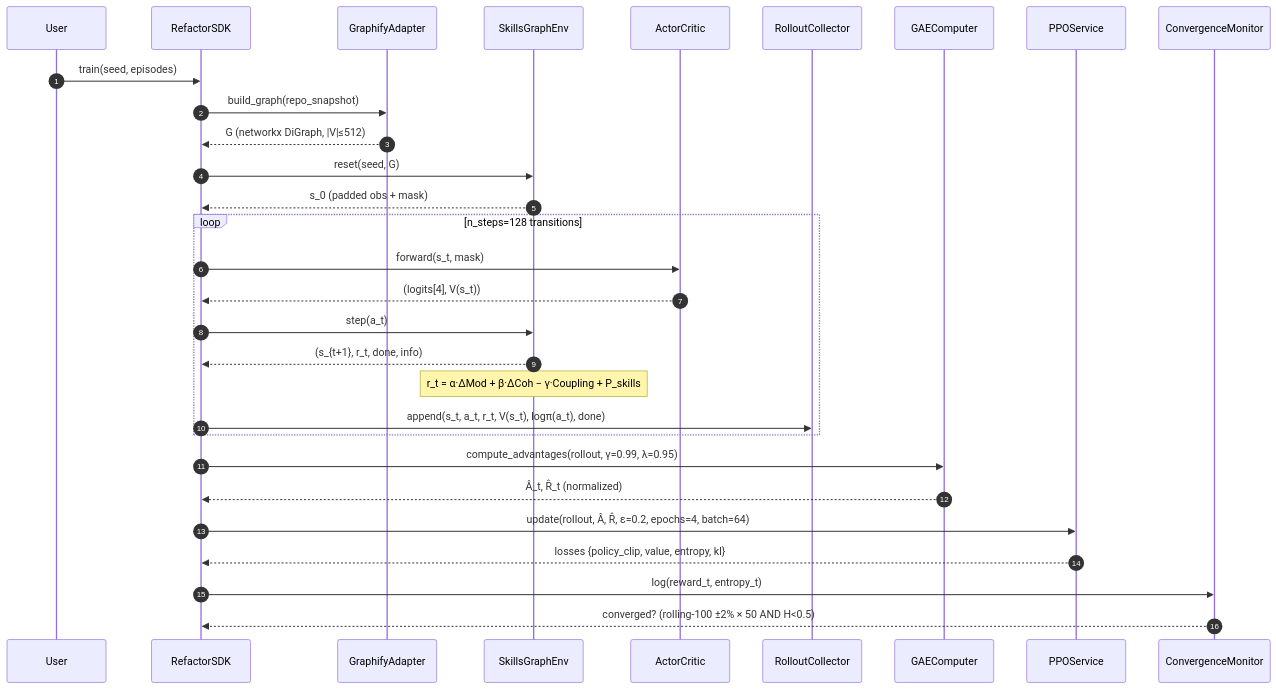
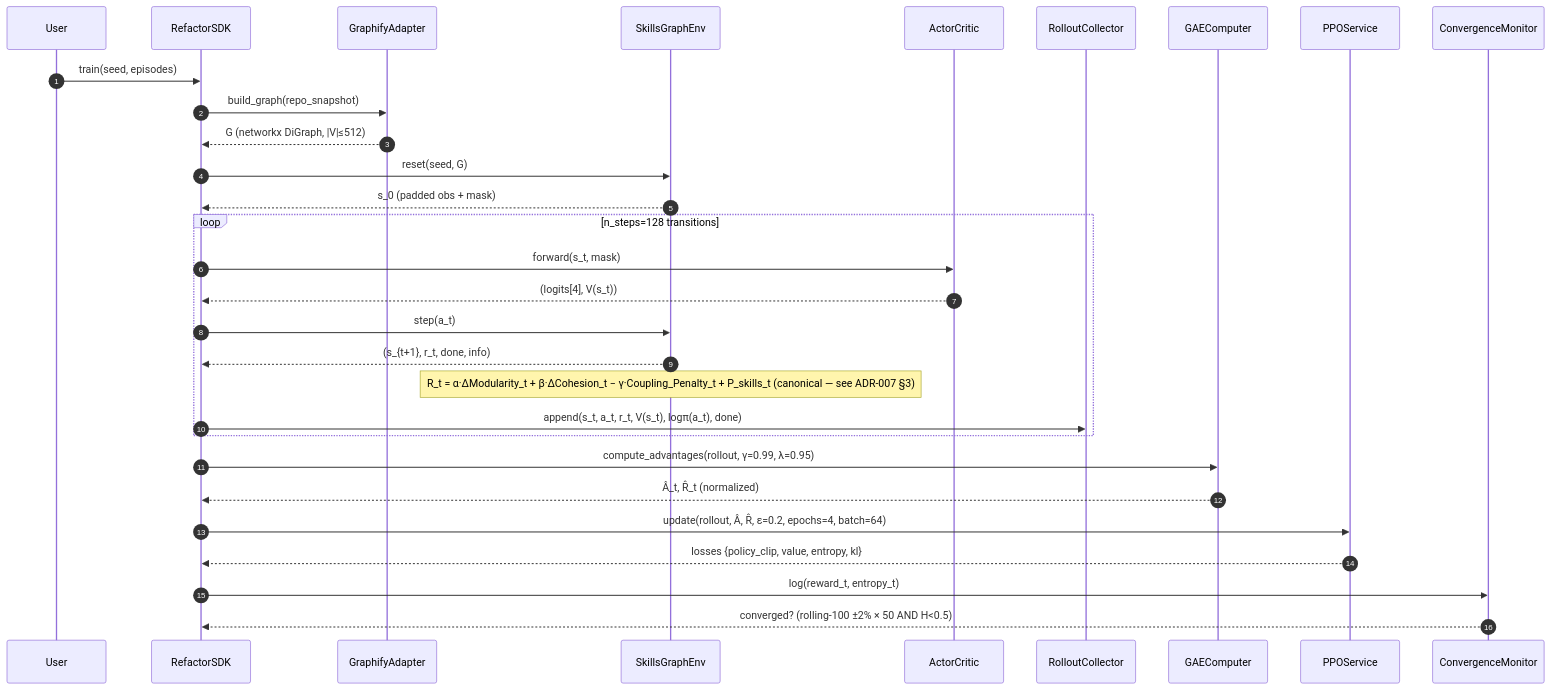
The second of 3 diagrams in docs/PLAN.md (adirelm/PythonClawRefactorRL), drawn with Mermaid before and after one commit. The commit also changed other lines of this file and 20 other files, not shown here.

````diff
--- a/docs/PLAN.md
+++ b/docs/PLAN.md
@@ -95,33 +102,33 @@
 ```mermaid
 sequenceDiagram
     autonumber
     participant U as User
     participant SDK as RefactorSDK
     participant GA as GraphifyAdapter
     participant ENV as SkillsGraphEnv
     participant POL as ActorCritic
     participant ROL as RolloutCollector
     participant GAE as GAEComputer
     participant PPO as PPOService
     participant MON as ConvergenceMonitor
 
     U->>SDK: train(seed, episodes)
     SDK->>GA: build_graph(repo_snapshot)
     GA-->>SDK: G (networkx DiGraph, |V|≤512)
     SDK->>ENV: reset(seed, G)
     ENV-->>SDK: s_0 (padded obs + mask)
     loop n_steps=128 transitions
       SDK->>POL: forward(s_t, mask)
       POL-->>SDK: (logits[4], V(s_t))
       SDK->>ENV: step(a_t)
       ENV-->>SDK: (s_{t+1}, r_t, done, info)
-      Note over ENV: r_t = α·ΔMod + β·ΔCoh − γ·Coupling + P_skills
+      Note over ENV: R_t = α·ΔModularity_t + β·ΔCohesion_t − γ·Coupling_Penalty_t + P_skills_t (canonical — see ADR-007 §3)
       SDK->>ROL: append(s_t, a_t, r_t, V(s_t), logπ(a_t), done)
     end
     SDK->>GAE: compute_advantages(rollout, γ=0.99, λ=0.95)
     GAE-->>SDK: Â_t, R̂_t (normalized)
     SDK->>PPO: update(rollout, Â, R̂, ε=0.2, epochs=4, batch=64)
     PPO-->>SDK: losses {policy_clip, value, entropy, kl}
     SDK->>MON: log(reward_t, entropy_t)
     MON-->>SDK: converged? (rolling-100 ±2% × 50 AND H<0.5)
 ```
````
